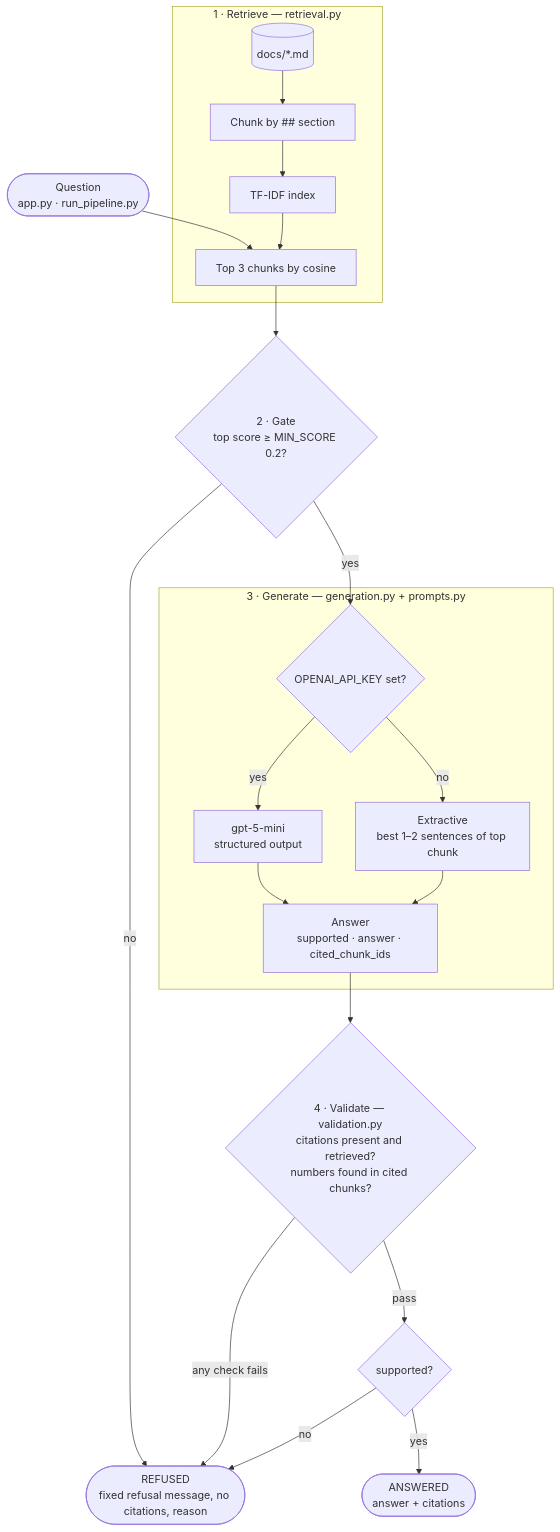
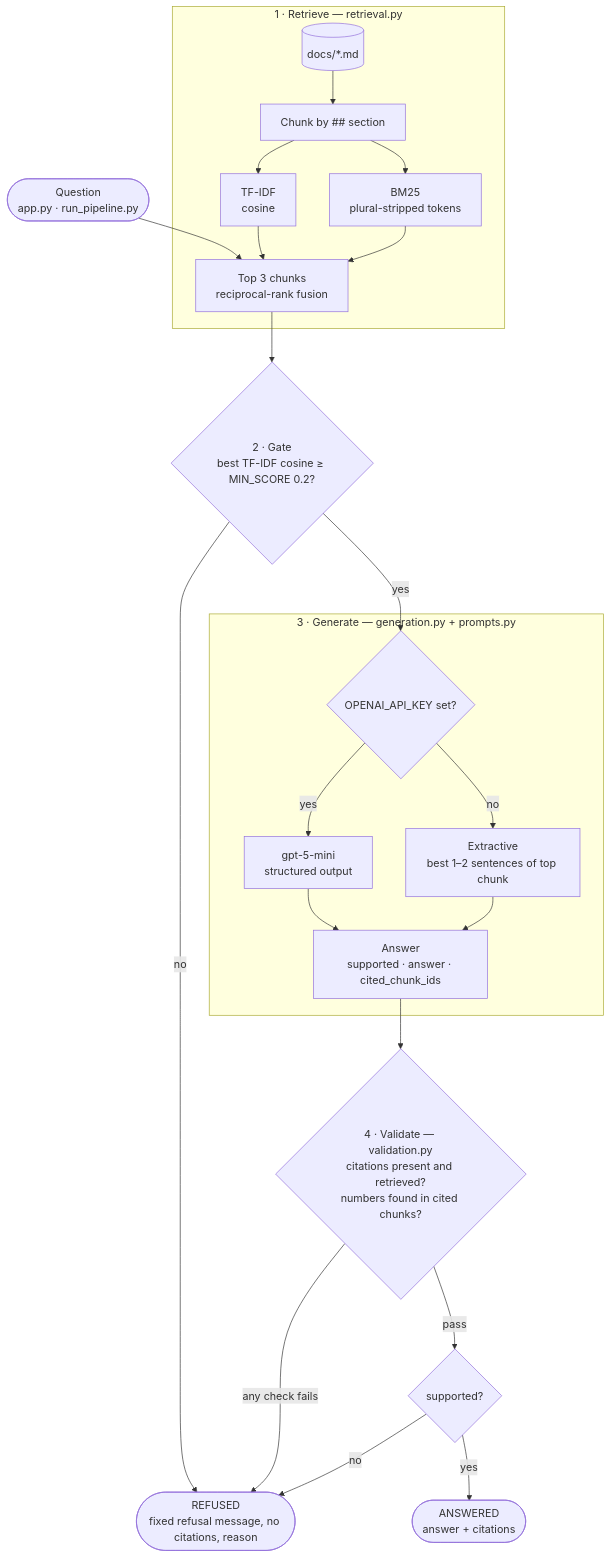
The diagram in README.md (Chirudeva-Reddy/deriv-technical-assessment), drawn with Mermaid before and after one commit.

Commit message:
Show hybrid TF-IDF + BM25 retrieval in the README diagram

````diff
--- a/README.md
+++ b/README.md
@@ -26,26 +26,30 @@
 ```mermaid
 flowchart TD
     Q(["Question<br/>app.py · run_pipeline.py"]) --> RET
 
     subgraph S1 ["1 · Retrieve — retrieval.py"]
-        DOCS[("docs/*.md")] --> CH["Chunk by ## section"] --> IDX["TF-IDF index"] --> RET["Top 3 chunks by cosine"]
+        DOCS[("docs/*.md")] --> CH["Chunk by ## section"]
+        CH --> TF["TF-IDF<br/>cosine"]
+        CH --> BM["BM25<br/>plural-stripped tokens"]
+        TF --> RET["Top 3 chunks<br/>reciprocal-rank fusion"]
+        BM --> RET
     end
 
-    RET --> GATE{"2 · Gate<br/>top score ≥ MIN_SCORE 0.2?"}
+    RET --> GATE{"2 · Gate<br/>best TF-IDF cosine ≥ MIN_SCORE 0.2?"}
     GATE -- no --> REF
     GATE -- yes --> KEY
 
     subgraph S3 ["3 · Generate — generation.py + prompts.py"]
         KEY{"OPENAI_API_KEY set?"}
         KEY -- yes --> LLM["gpt-5-mini<br/>structured output"]
         KEY -- no --> EXT["Extractive<br/>best 1–2 sentences of top chunk"]
         LLM --> DRAFT["Answer<br/>supported · answer · cited_chunk_ids"]
         EXT --> DRAFT
     end
 
     DRAFT --> VAL{"4 · Validate — validation.py<br/>citations present and retrieved?<br/>numbers found in cited chunks?"}
     VAL -- "any check fails" --> REF
     VAL -- pass --> SUP{"supported?"}
     SUP -- yes --> ANS(["ANSWERED<br/>answer + citations"])
     SUP -- no --> REF(["REFUSED<br/>fixed refusal message, no citations, reason"])
 ```
````
